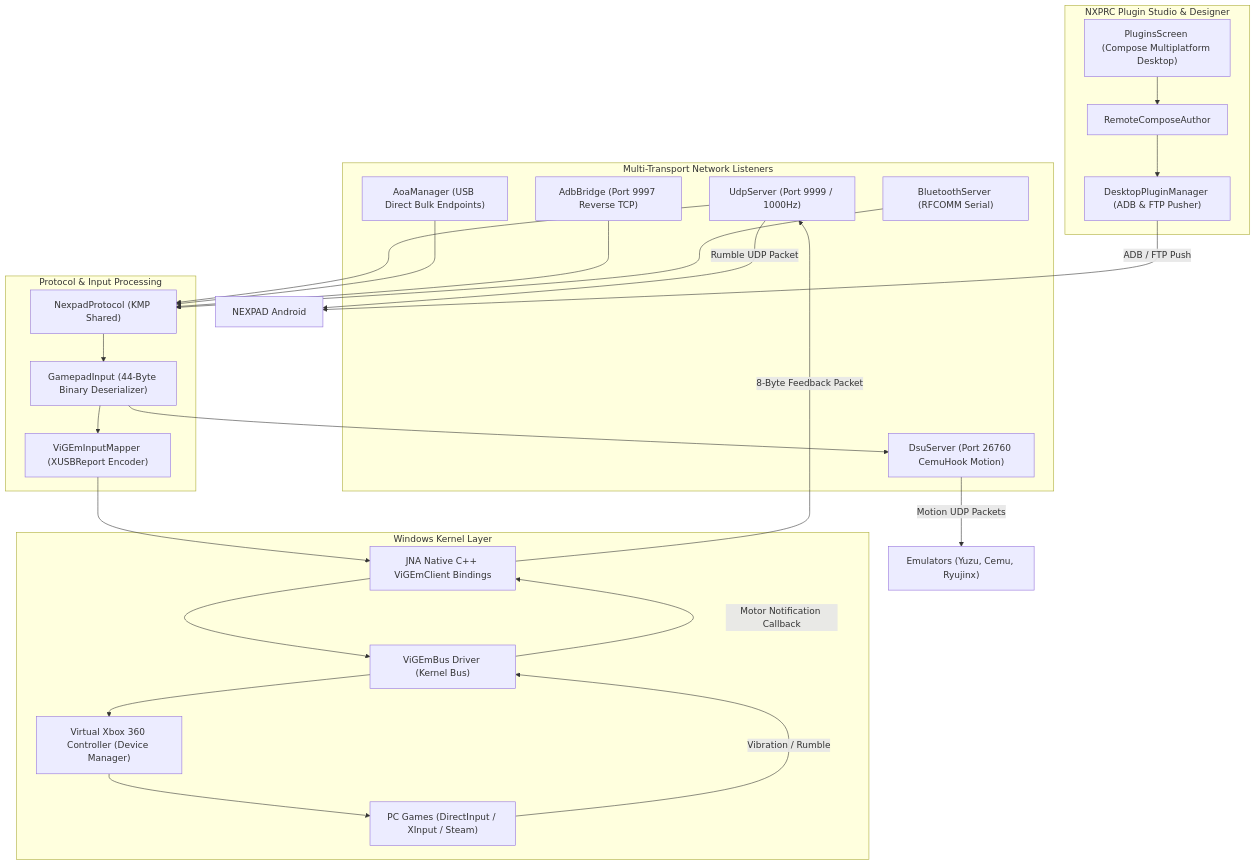
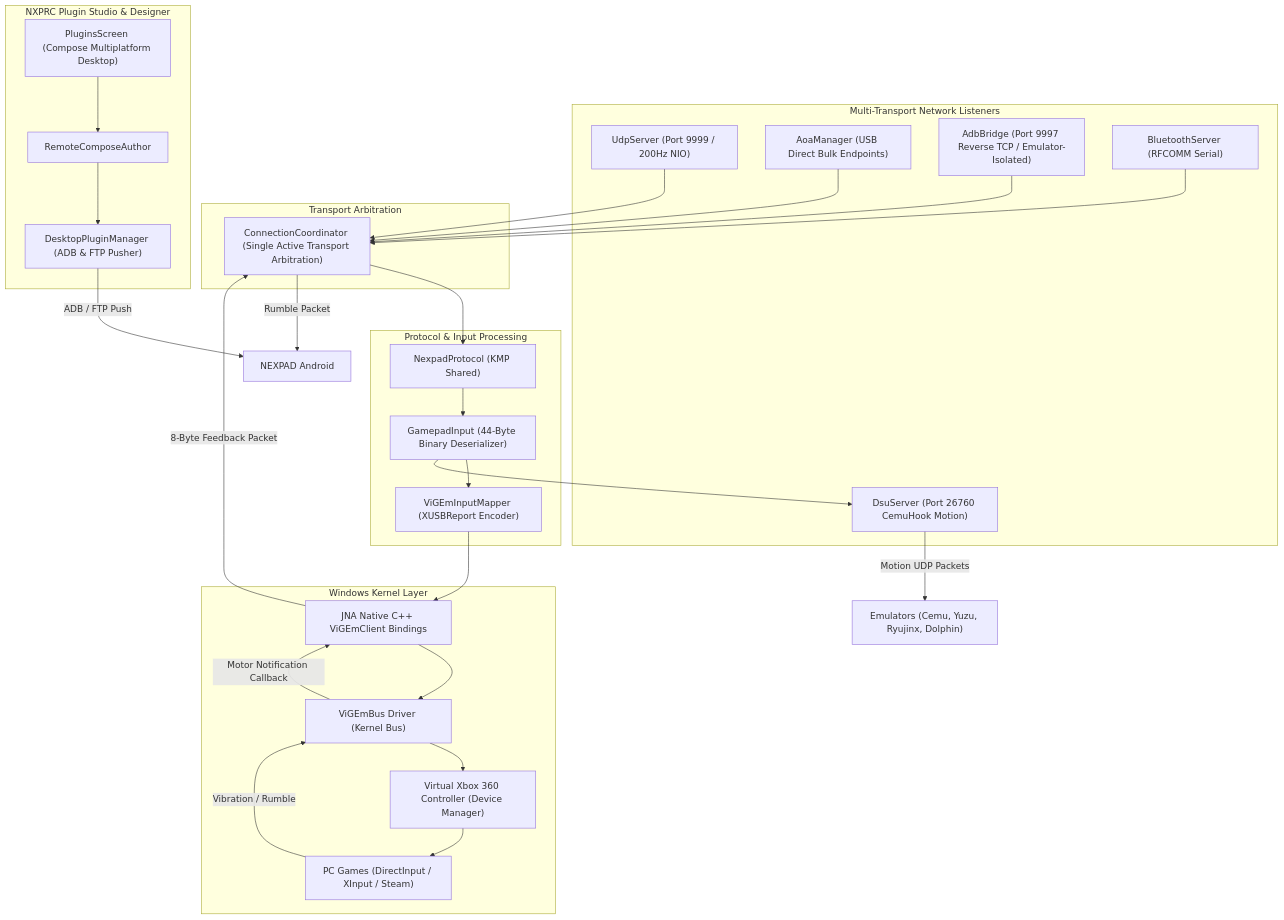
Before and after one commit to parmarsanket/NEXPAD-Desktop: the diagram in ARCHITECTURE.md, drawn with Mermaid. The commit also changed other lines of this file and 7 other files, not shown here.

Commit message:
docs: update HISTORY, ROADMAP, ARCHITECTURE, and cleanup legacy docs for v1.0.0

````diff
--- a/ARCHITECTURE.md
+++ b/ARCHITECTURE.md
@@ -22,52 +22,57 @@
 ```mermaid
 graph TD
     subgraph Network_Inbound["Multi-Transport Network Listeners"]
-        UDP["UdpServer (Port 9999 / 1000Hz)"]
+        UDP["UdpServer (Port 9999 / 200Hz NIO)"]
         AOA["AoaManager (USB Direct Bulk Endpoints)"]
-        ADB["AdbBridge (Port 9997 Reverse TCP)"]
+        ADB["AdbBridge (Port 9997 Reverse TCP / Emulator-Isolated)"]
         BT["BluetoothServer (RFCOMM Serial)"]
         DSU["DsuServer (Port 26760 CemuHook Motion)"]
+    end
+
+    subgraph Coordination_Layer["Transport Arbitration"]
+        CC["ConnectionCoordinator (Single Active Transport Arbitration)"]
     end
 
     subgraph Protocol_Layer["Protocol & Input Processing"]
         NP["NexpadProtocol (KMP Shared)"]
         GI["GamepadInput (44-Byte Binary Deserializer)"]
         VIM["ViGEmInputMapper (XUSBReport Encoder)"]
     end
 
     subgraph Kernel_Driver["Windows Kernel Layer"]
         JNA["JNA Native C++ ViGEmClient Bindings"]
         VIGEM["ViGEmBus Driver (Kernel Bus)"]
         XBOX["Virtual Xbox 360 Controller (Device Manager)"]
         GAMES["PC Games (DirectInput / XInput / Steam)"]
     end
 
     subgraph Studio_Layer["NXPRC Plugin Studio & Designer"]
         RCA["RemoteComposeAuthor"]
         DPM["DesktopPluginManager (ADB & FTP Pusher)"]
         PS["PluginsScreen (Compose Multiplatform Desktop)"]
     end
 
-    UDP --> NP
-    AOA --> NP
-    ADB --> NP
-    BT --> NP
+    UDP --> CC
+    AOA --> CC
+    ADB --> CC
+    BT --> CC
+    CC --> NP
     NP --> GI
     GI --> VIM
     VIM --> JNA
     JNA --> VIGEM
     VIGEM --> XBOX
     XBOX --> GAMES
 
     GAMES -- "Vibration / Rumble" --> VIGEM
     VIGEM -- "Motor Notification Callback" --> JNA
-    JNA -- "8-Byte Feedback Packet" --> UDP
-    UDP -- "Rumble UDP Packet" --> Phone["NEXPAD Android"]
+    JNA -- "8-Byte Feedback Packet" --> CC
+    CC -- "Rumble Packet" --> Phone["NEXPAD Android"]
 
     GI --> DSU
-    DSU -- "Motion UDP Packets" --> Emulators["Emulators (Yuzu, Cemu, Ryujinx)"]
+    DSU -- "Motion UDP Packets" --> Emulators["Emulators (Cemu, Yuzu, Ryujinx, Dolphin)"]
 
     PS --> RCA
     RCA --> DPM
     DPM -- "ADB / FTP Push" --> Phone
 ```
````
